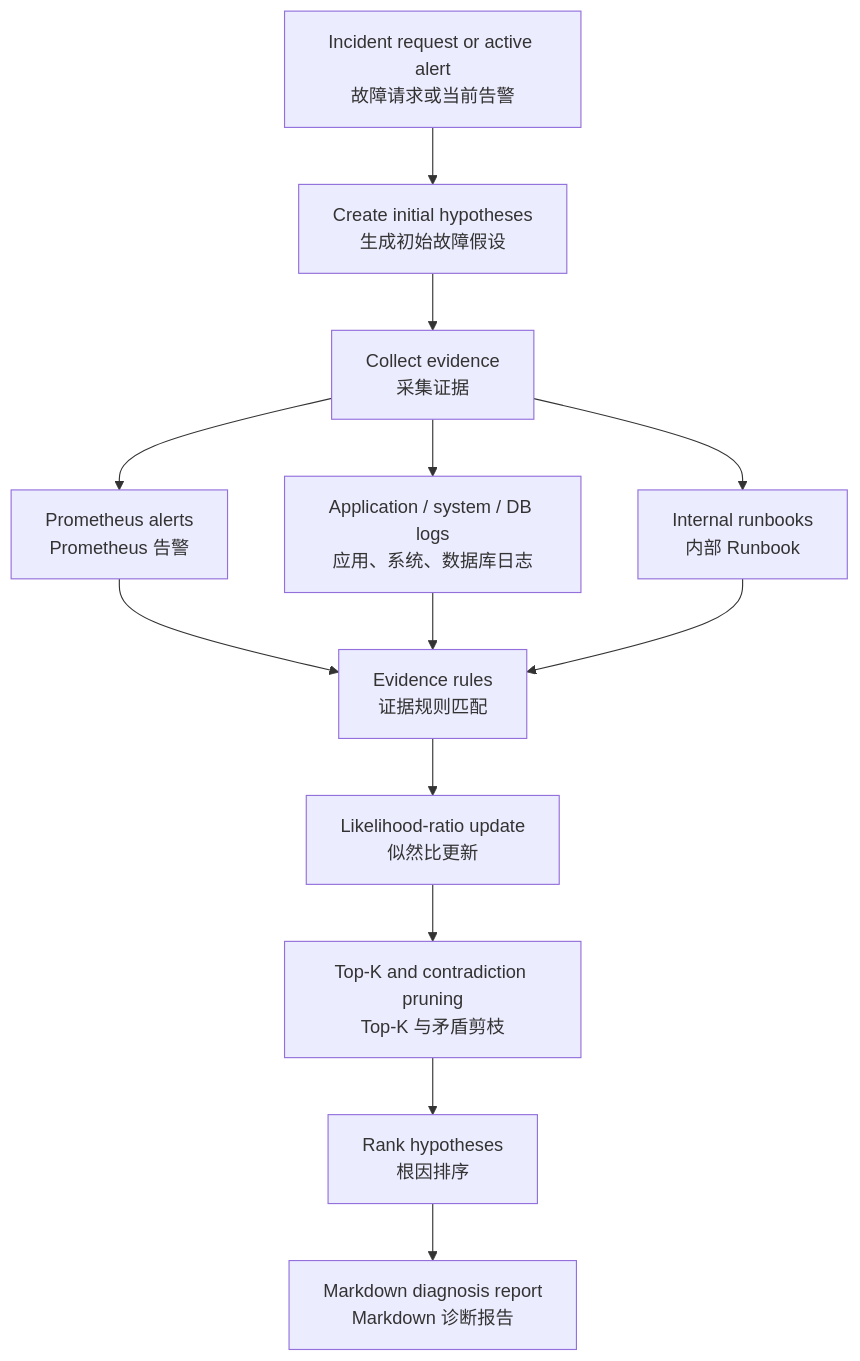
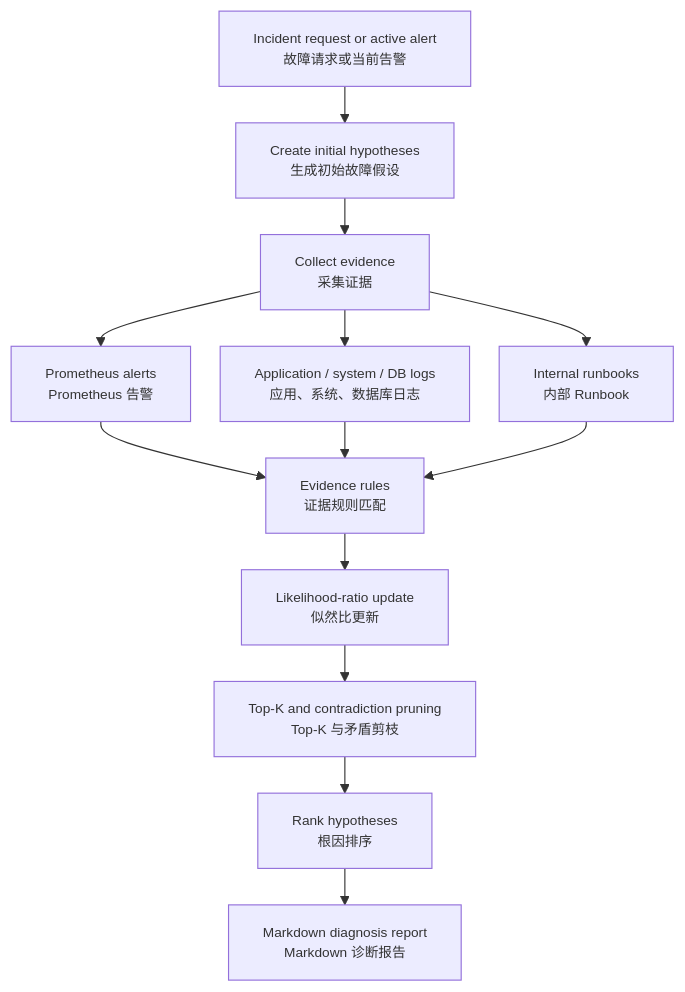
One commit to ember056/devassist-agent changed the fourth of 4 diagrams in README.md. Above: the diagram before and after it, drawn with Mermaid. The commit also changed other lines of this file, not shown here.

Commit message:
docs: reduce readme diagram font size

````diff
--- a/README.md
+++ b/README.md
@@ -145,15 +148,16 @@
 ```mermaid
+%%{init: {"themeVariables": {"fontSize": "12px"}, "flowchart": {"nodeSpacing": 26, "rankSpacing": 32}}}%%
 flowchart TD
     REQ["Incident request or active alert<br/>故障请求或当前告警"] --> INIT["Create initial hypotheses<br/>生成初始故障假设"]
     INIT --> COLLECT["Collect evidence<br/>采集证据"]
     COLLECT --> PROM["Prometheus alerts<br/>Prometheus 告警"]
     COLLECT --> LOG["Application / system / DB logs<br/>应用、系统、数据库日志"]
     COLLECT --> RUNBOOK["Internal runbooks<br/>内部 Runbook"]
     PROM --> MATCH["Evidence rules<br/>证据规则匹配"]
     LOG --> MATCH
     RUNBOOK --> MATCH
     MATCH --> UPDATE["Likelihood-ratio update<br/>似然比更新"]
     UPDATE --> PRUNE["Top-K and contradiction pruning<br/>Top-K 与矛盾剪枝"]
     PRUNE --> RANK["Rank hypotheses<br/>根因排序"]
     RANK --> REPORT["Markdown diagnosis report<br/>Markdown 诊断报告"]
 ```
````
